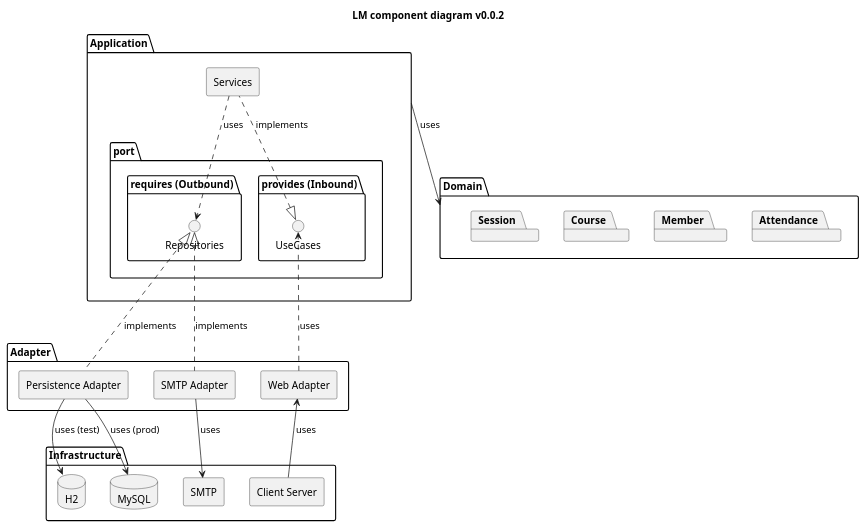
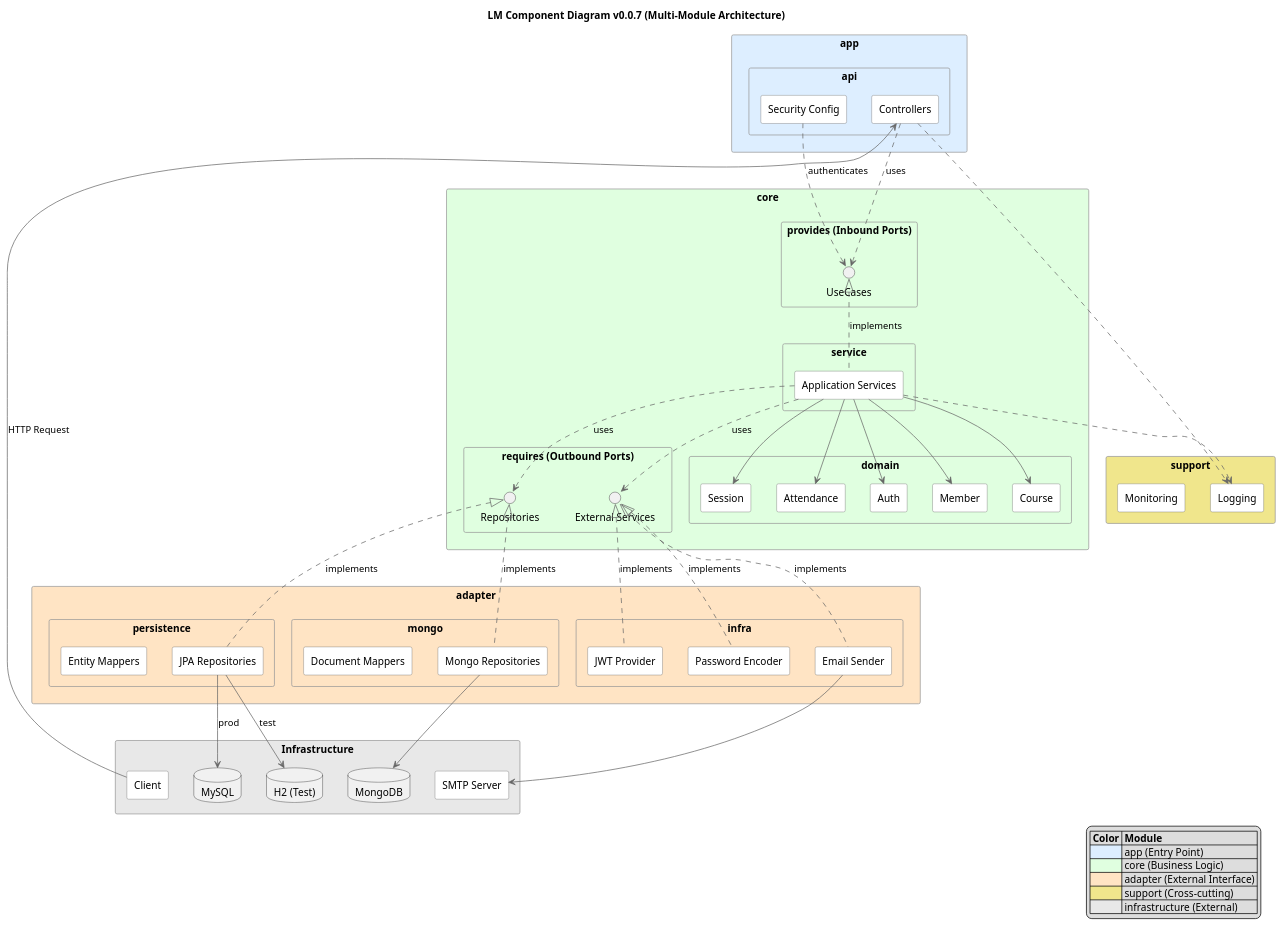
One commit to f-lab-edu/learning-manager changed the diagram in docs/components.puml. Above: the diagram before and after it, drawn with PlantUML. The commit also changed 16 other files, not shown here.

```diff
--- a/docs/components.puml
+++ b/docs/components.puml
@@ -1,60 +1,144 @@
 @startuml
-title "LM component diagram v0.0.2"
+title "LM Component Diagram v0.0.7 (Multi-Module Architecture)"
 skinparam componentStyle rectangle
 
-package "Infrastructure" as "Infra"{
-    component "Client Server"
-    database "MySQL"
-    database "H2"
-    component "SMTP"
+skinparam {
+    shadowing false
+    packageStyle rectangle
+    componentBackgroundColor White
+    componentBorderColor #666666
+    packageBorderColor #999999
+    arrowColor #666666
 }
 
-package "Adapter" {
-  component "Web Adapter"
-  component "Persistence Adapter"
-  component "SMTP Adapter"
+' ========================================
+' Infrastructure Layer
+' ========================================
+package "Infrastructure" as Infra #E8E8E8 {
+    component "Client" as Client
+    database "MySQL" as MySQL
+    database "MongoDB" as MongoDB
+    database "H2 (Test)" as H2
+    component "SMTP Server" as SMTP
 }
 
-package "Application" as App {
-  package "port" {
-    package "provides (Inbound)" {
-      interface "UseCases"
+' ========================================
+' App Module (app/api)
+' ========================================
+package "app" #DDEEFF {
+    package "api" {
+        component "Controllers" as Controllers
+        component "Security Config" as Security
     }
-    package "requires (Outbound)" {
-      interface "Repositories"
-    }
-  }
-  component "Services"
 }
 
-package "Domain" {
-  package "Attendance"{
-  }
-  package "Member"{
+' ========================================
+' Adapter Module
+' ========================================
+package "adapter" #FFE4C4 {
+    package "persistence" {
+        component "JPA Repositories" as JpaRepo
+        component "Entity Mappers" as EntityMapper
+    }
 
-  }
-  package "Course"{
-  }
-  package "Session"{
-  }
+    package "mongo" {
+        component "Mongo Repositories" as MongoRepo
+        component "Document Mappers" as DocMapper
+    }
+
+    package "infra" {
+        component "JWT Provider" as JwtProviderImpl
+        component "Password Encoder" as PwEncoderImpl
+        component "Email Sender" as EmailSenderImpl
+    }
 }
 
+' ========================================
+' Core Module (Hexagonal Architecture)
+' ========================================
+package "core" #E0FFE0 {
+    package "provides (Inbound Ports)" {
+        interface "UseCases" as UseCases
+    }
 
-' 의존 관계
-"Client Server" --> "Web Adapter" : uses
+    package "service" {
+        component "Application Services" as AppServices
+    }
 
-"Web Adapter" ..> UseCases : uses
-Services .up.|> UseCases : implements
+    package "requires (Outbound Ports)" {
+        interface "Repositories" as Repositories
+        interface "External Services" as ExtServices
+    }
 
-Services ..> Repositories : uses
-"Persistence Adapter" .up.|> Repositories : implements
+    package "domain" {
+        component "Member" as DomainMember
+        component "Course" as DomainCourse
+        component "Session" as DomainSession
+        component "Attendance" as DomainAttendance
+        component "Auth" as DomainAuth
+    }
+}
 
-"SMTP Adapter" .up.|> Repositories : implements
-"SMTP Adapter" --> "SMTP" : uses
+' ========================================
+' Support Module
+' ========================================
+package "support" #F0E68C {
+    component "Logging" as Logging
+    component "Monitoring" as Monitoring
+}
 
-App --> Domain :uses
+' ========================================
+' Dependency Flow
+' ========================================
 
-"Persistence Adapter" --> "MySQL" : uses (prod)
-"Persistence Adapter" --> "H2" : uses (test)
+' Client -> App
+Client --> Controllers : HTTP Request
+
+' App -> Core (Inbound)
+Controllers ..> UseCases : uses
+Security ..> UseCases : authenticates
+
+' Core Service implements Use Cases
+AppServices .up.|> UseCases : implements
+
+' Core Service -> Outbound Ports
+AppServices ..> Repositories : uses
+AppServices ..> ExtServices : uses
+
+' Core Service -> Domain
+AppServices --> DomainMember
+AppServices --> DomainCourse
+AppServices --> DomainSession
+AppServices --> DomainAttendance
+AppServices --> DomainAuth
+
+' Adapter implements Outbound Ports
+JpaRepo .up.|> Repositories : implements
+MongoRepo .up.|> Repositories : implements
+JwtProviderImpl .up.|> ExtServices : implements
+PwEncoderImpl .up.|> ExtServices : implements
+EmailSenderImpl .up.|> ExtServices : implements
+
+' Adapter -> Infrastructure
+JpaRepo --> MySQL : prod
+JpaRepo --> H2 : test
+MongoRepo --> MongoDB
+EmailSenderImpl --> SMTP
+
+' Support (cross-cutting)
+Controllers ..> Logging
+AppServices ..> Logging
+
+' ========================================
+' Legend
+' ========================================
+legend right
+  |= Color |= Module |
+  | <#DDEEFF> | app (Entry Point) |
+  | <#E0FFE0> | core (Business Logic) |
+  | <#FFE4C4> | adapter (External Interface) |
+  | <#F0E68C> | support (Cross-cutting) |
+  | <#E8E8E8> | infrastructure (External) |
+end legend
 
 @enduml
```
